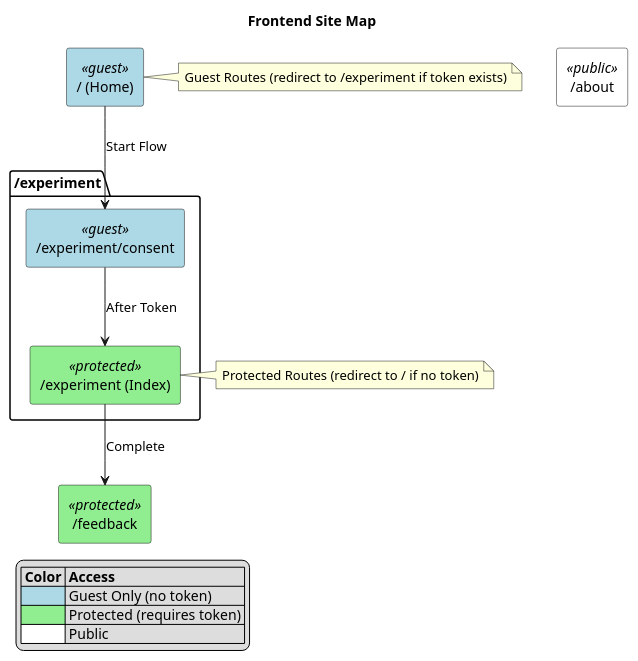
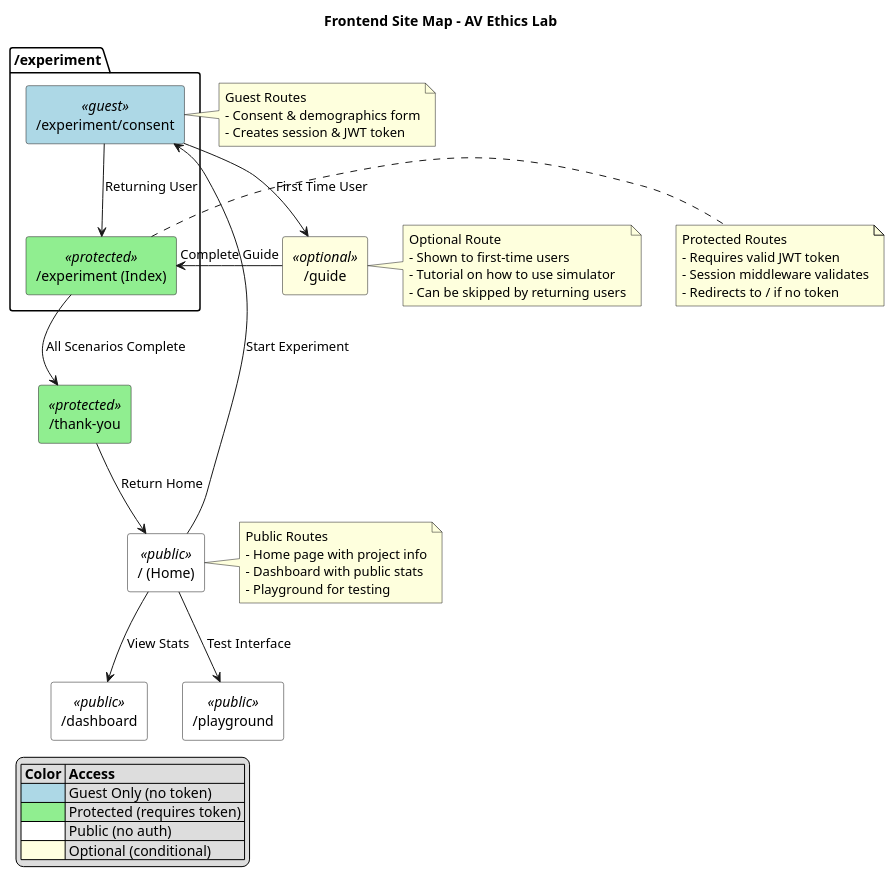
One commit to Direwen/AV-Ethics-Lab changed the diagram in system design/diagrams/sitemap.puml. Above: the diagram before and after it, drawn with PlantUML. The commit also changed 17 other files, not shown here.

Commit message:
chore: add system design diagrams and readme

```diff
--- a/system design/diagrams/sitemap.puml
+++ b/system design/diagrams/sitemap.puml
@@ -1,37 +1,67 @@
 @startuml
 skinparam rectangle {
   BackgroundColor<<guest>> LightBlue
   BackgroundColor<<protected>> LightGreen
   BackgroundColor<<public>> White
+  BackgroundColor<<optional>> LightYellow
 }
 
-title Frontend Site Map
+title Frontend Site Map - AV Ethics Lab
 
-rectangle "/ (Home)" <<guest>> as home
-rectangle "/about" <<public>> as about
-rectangle "/feedback" <<protected>> as feedback
+rectangle "/ (Home)" <<public>> as home
+rectangle "/dashboard" <<public>> as dashboard
+rectangle "/guide" <<optional>> as guide
+rectangle "/playground" <<public>> as playground
 
 package "/experiment" {
+  rectangle "/experiment/consent" <<guest>> as consent
   rectangle "/experiment (Index)" <<protected>> as experiment
-  rectangle "/experiment/consent" <<guest>> as consent
 }
 
-home --> consent : Start Flow
-consent --> experiment : After Token
-experiment --> feedback : Complete
+rectangle "/thank-you" <<protected>> as thankyou
+
+home --> consent : Start Experiment
+consent --> guide : First Time User
+consent --> experiment : Returning User
+guide --> experiment : Complete Guide
+experiment --> thankyou : All Scenarios Complete
+thankyou --> home : Return Home
+
+home --> dashboard : View Stats
+home --> playground : Test Interface
 
 note right of home
-  Guest Routes (redirect to /experiment if token exists)
+  Public Routes
+  - Home page with project info
+  - Dashboard with public stats
+  - Playground for testing
+end note
+
+note right of consent
+  Guest Routes
+  - Consent & demographics form
+  - Creates session & JWT token
 end note
 
 note right of experiment
-  Protected Routes (redirect to / if no token)
+  Protected Routes
+  - Requires valid JWT token
+  - Session middleware validates
+  - Redirects to / if no token
+end note
+
+note right of guide
+  Optional Route
+  - Shown to first-time users
+  - Tutorial on how to use simulator
+  - Can be skipped by returning users
 end note
 
 legend left
   |= Color |= Access |
   | <#LightBlue> | Guest Only (no token) |
   | <#LightGreen> | Protected (requires token) |
-  | <#White> | Public |
+  | <#White> | Public (no auth) |
+  | <#LightYellow> | Optional (conditional) |
 endlegend
 @enduml
```
